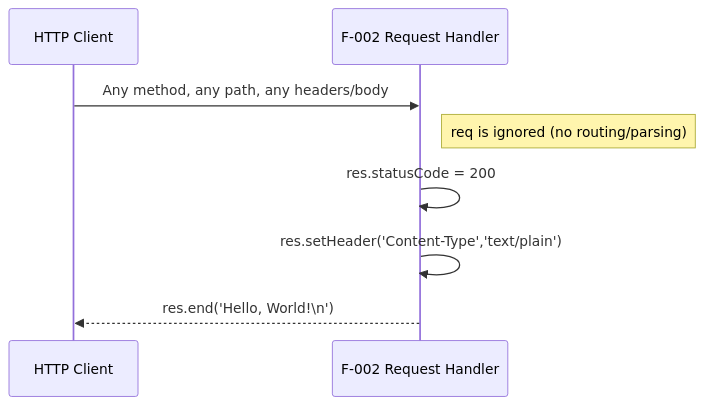
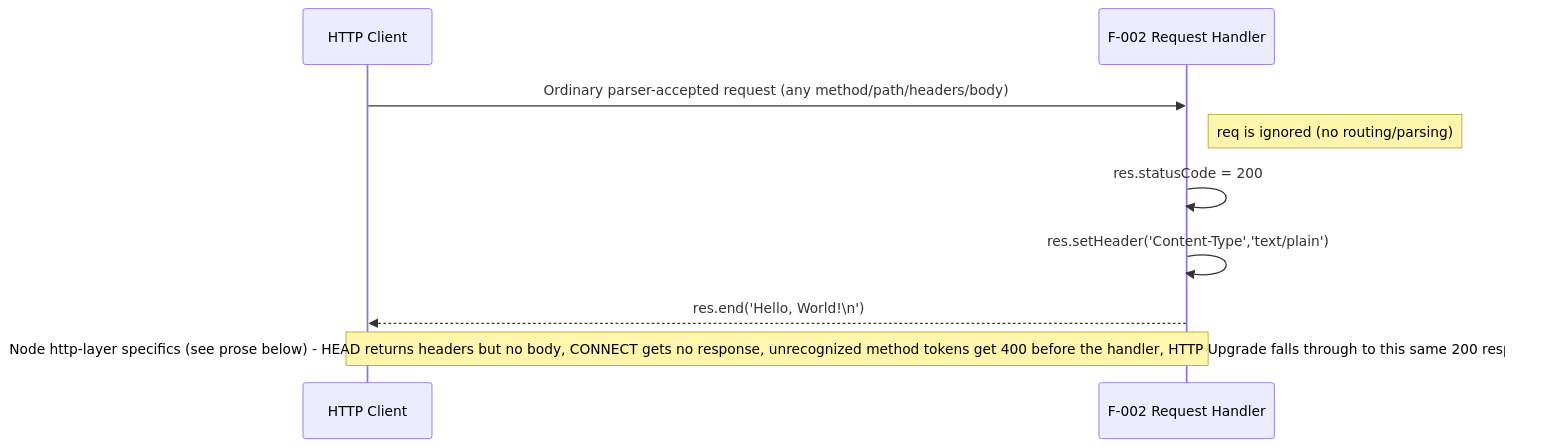
The third of 3 diagrams in docs/architecture.md (ajitblitzy/Ajit_GH_Repo-12-Mar-26), drawn with Mermaid before and after one commit. The commit also changed other lines of this file and 2 other files, not shown here.

````diff
--- a/docs/architecture.md
+++ b/docs/architecture.md
@@ -61,10 +61,11 @@
 ```mermaid
 sequenceDiagram
     participant C as HTTP Client
     participant S as F-002 Request Handler
-    C->>S: Any method, any path, any headers/body
+    C->>S: Ordinary parser-accepted request (any method/path/headers/body)
     Note right of S: req is ignored (no routing/parsing)
     S->>S: res.statusCode = 200
     S->>S: res.setHeader('Content-Type','text/plain')
     S-->>C: res.end('Hello, World!\n')
+    Note over C,S: Node http-layer specifics (see prose below) - HEAD returns headers but no body, CONNECT gets no response, unrecognized method tokens get 400 before the handler, HTTP Upgrade falls through to this same 200 response
 ```
````
